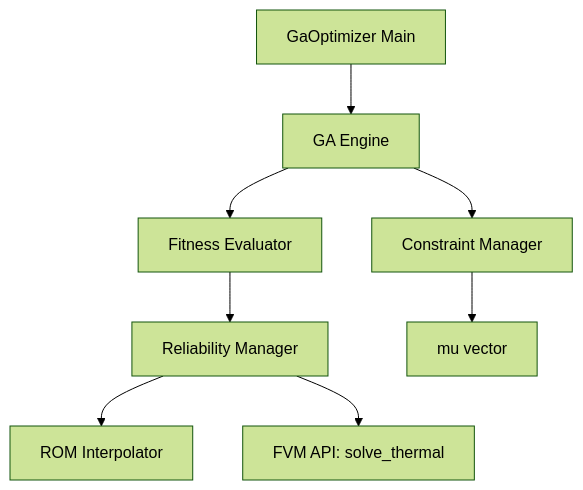
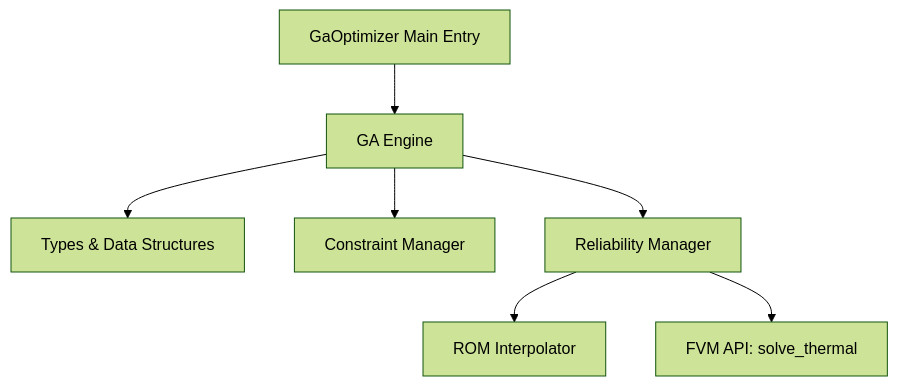
One commit to Daioku799/somad_dev3 changed the first of 2 diagrams in .kiro/specs/ga-optimizer/design.md. Above: the diagram before and after it, drawn with Mermaid (forest theme). The commit also changed other lines of this file and 5 other files, not shown here.

Commit message:
feat(ga-optimizer): implement invalid individual detection and pre-resampling constraint manager

````diff
--- a/.kiro/specs/ga-optimizer/design.md
+++ b/.kiro/specs/ga-optimizer/design.md
@@ -46,10 +49,9 @@
 ```mermaid
 graph TB
-    GaMain[GaOptimizer Main] --> GaEngine[GA Engine]
-    GaEngine --> FitnessEval[Fitness Evaluator]
-    GaEngine --> ConstManager[Constraint Manager]
-    FitnessEval --> RelManager[Reliability Manager]
+    GaOptimizer[GaOptimizer Main Entry] --> Engine[GA Engine]
+    Engine --> Types[Types & Data Structures]
+    Engine --> ConstManager[Constraint Manager]
+    Engine --> RelManager[Reliability Manager]
     RelManager --> RomInt[ROM Interpolator]
     RelManager --> FvmSolver[FVM API: solve_thermal]
-    ConstManager --> mu[mu vector]
 ```
````
